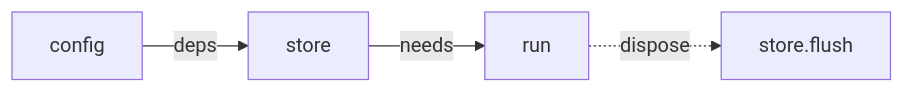
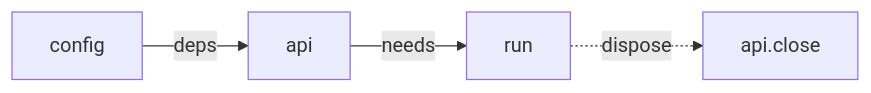
The second of 2 diagrams in README.md (softov/cofold), drawn with Mermaid before and after one commit. The commit also changed other lines of this file and 15 other files, not shown here.

First line of the commit message:
Move why into the README, roadmap to the root, drop the comparison

````diff
--- a/README.md
+++ b/README.md
@@ -157,6 +212,6 @@
 ```mermaid
 flowchart LR
-  config["config"] -->|deps| store["store"]
-  store -->|needs| run["run"]
-  run -.->|dispose| flush["store.flush"]
+  config["config"] -->|deps| api["api"]
+  api -->|needs| run["run"]
+  run -.->|dispose| close["api.close"]
 ```
````
